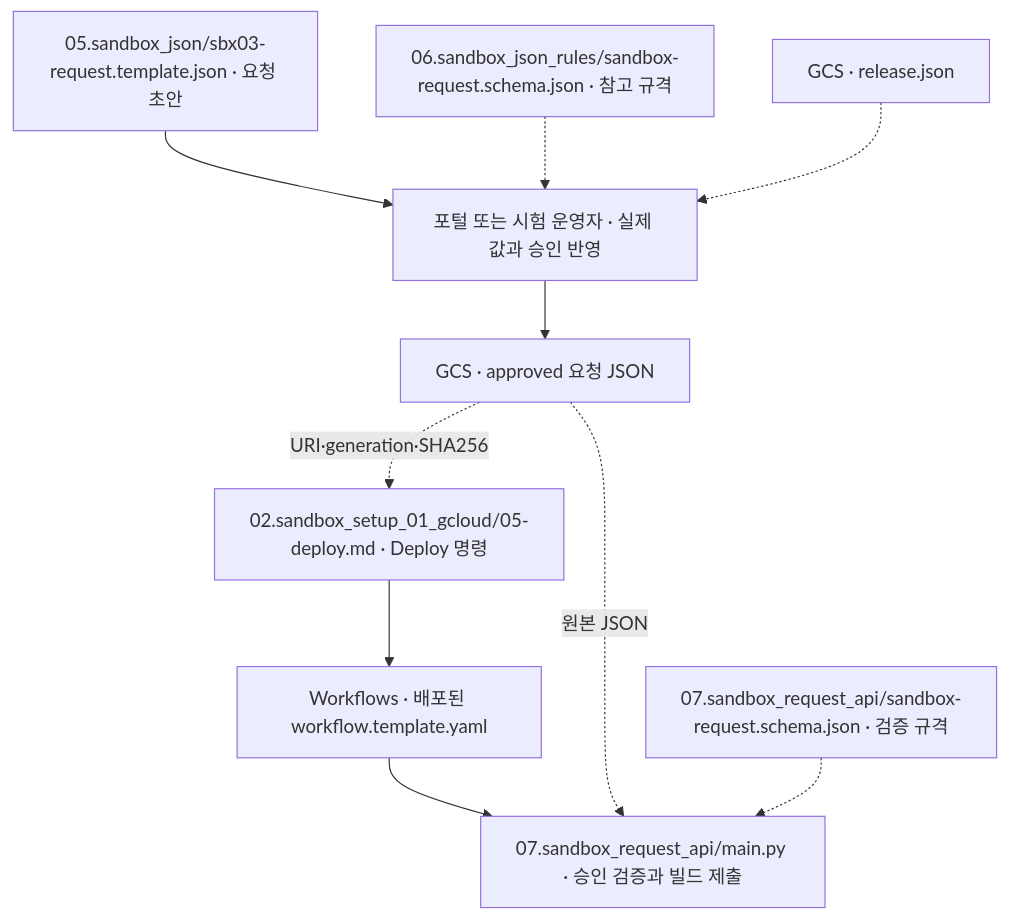
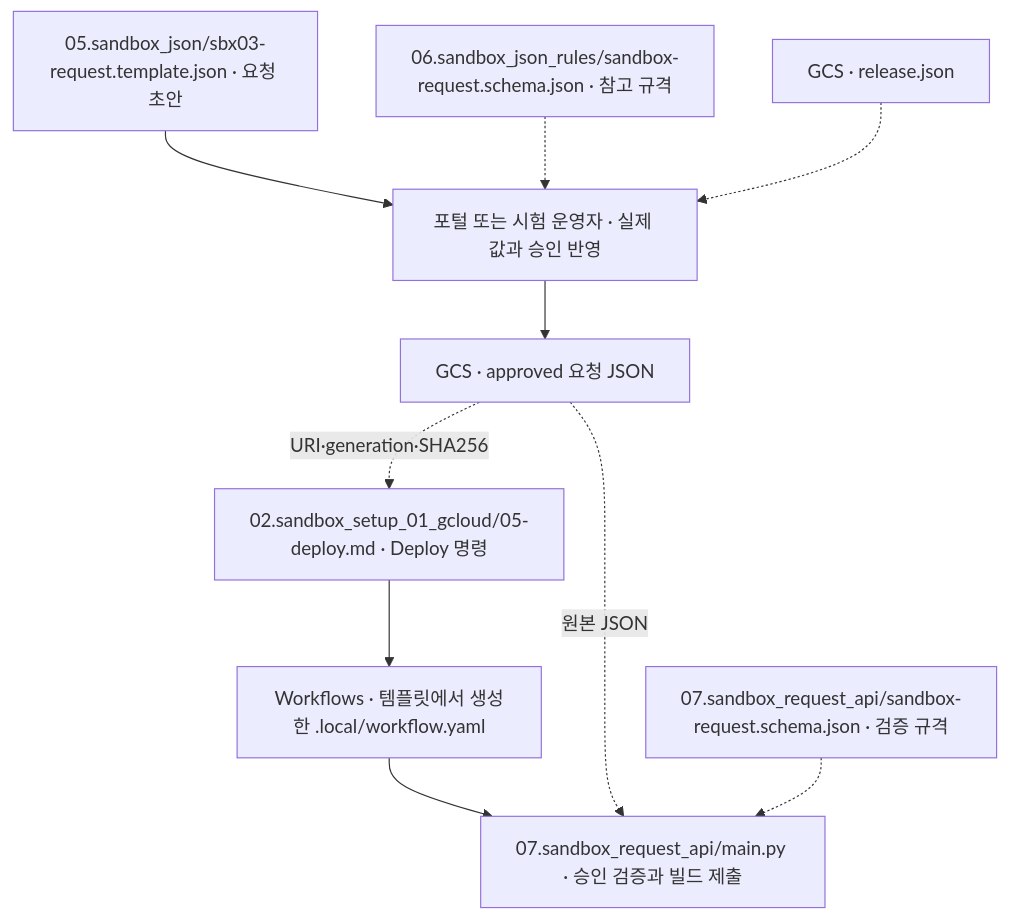
Before and after one commit to sonmap/https-github.com-sonmap-GCP_SBX_Test02: the fourth of 6 diagrams in 01.docs/reference/file-relationships.md, drawn with Mermaid. The commit also changed other lines of this file and 20 other files, not shown here.

````diff
--- a/01.docs/reference/file-relationships.md
+++ b/01.docs/reference/file-relationships.md
@@ -91,21 +91,21 @@
 ```mermaid
 flowchart TD
     T["05.sandbox_json/sbx03-request.template.json · 요청 초안"]
     R["06.sandbox_json_rules/sandbox-request.schema.json · 참고 규격"]
     ZIP["GCS · release.json"]
     P["포털 또는 시험 운영자 · 실제 값과 승인 반영"]
     S["GCS · approved 요청 JSON"]
     OP["02.sandbox_setup_01_gcloud/05-deploy.md · Deploy 명령"]
-    WF["Workflows · 배포된 workflow.template.yaml"]
+    WF["Workflows · 템플릿에서 생성한 .local/workflow.yaml"]
     API["07.sandbox_request_api/main.py · 승인 검증과 빌드 제출"]
     V["07.sandbox_request_api/sandbox-request.schema.json · 검증 규격"]
 
     T --> P
     R -.-> P
     ZIP -.-> P
     P --> S
     S -. "URI·generation·SHA256" .-> OP
     OP --> WF --> API
     S -. "원본 JSON" .-> API
     V -.-> API
 ```
````
